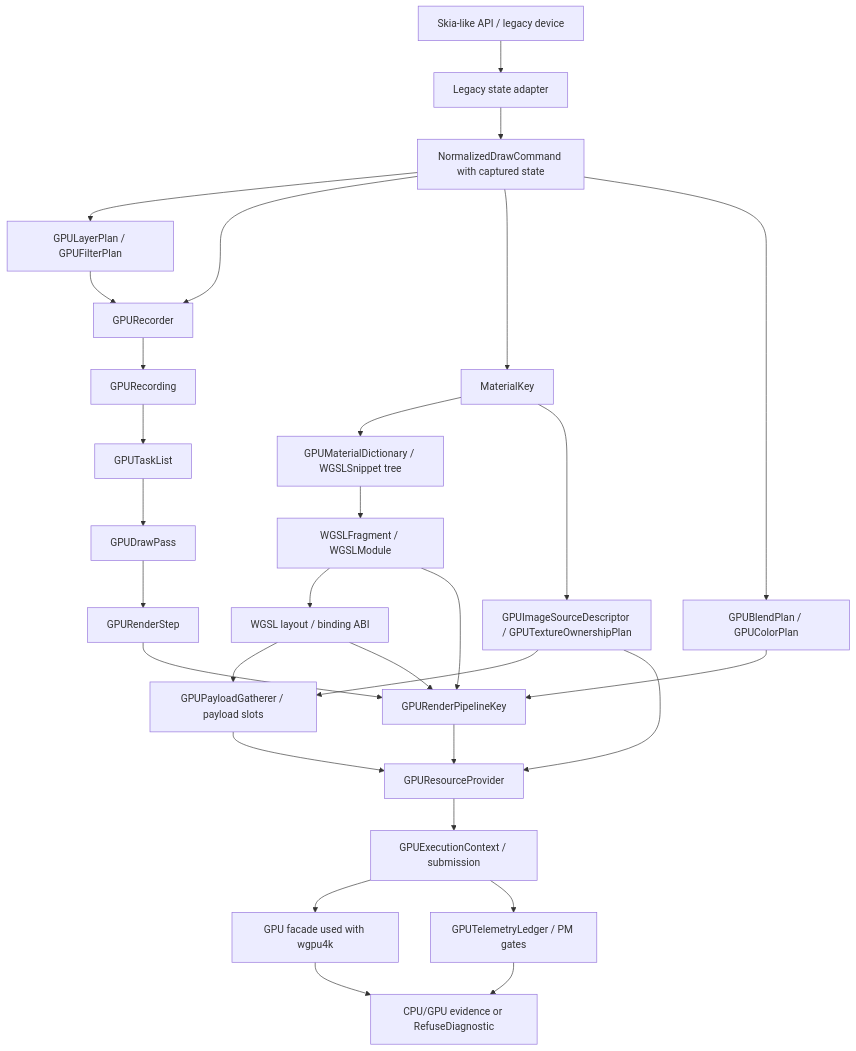
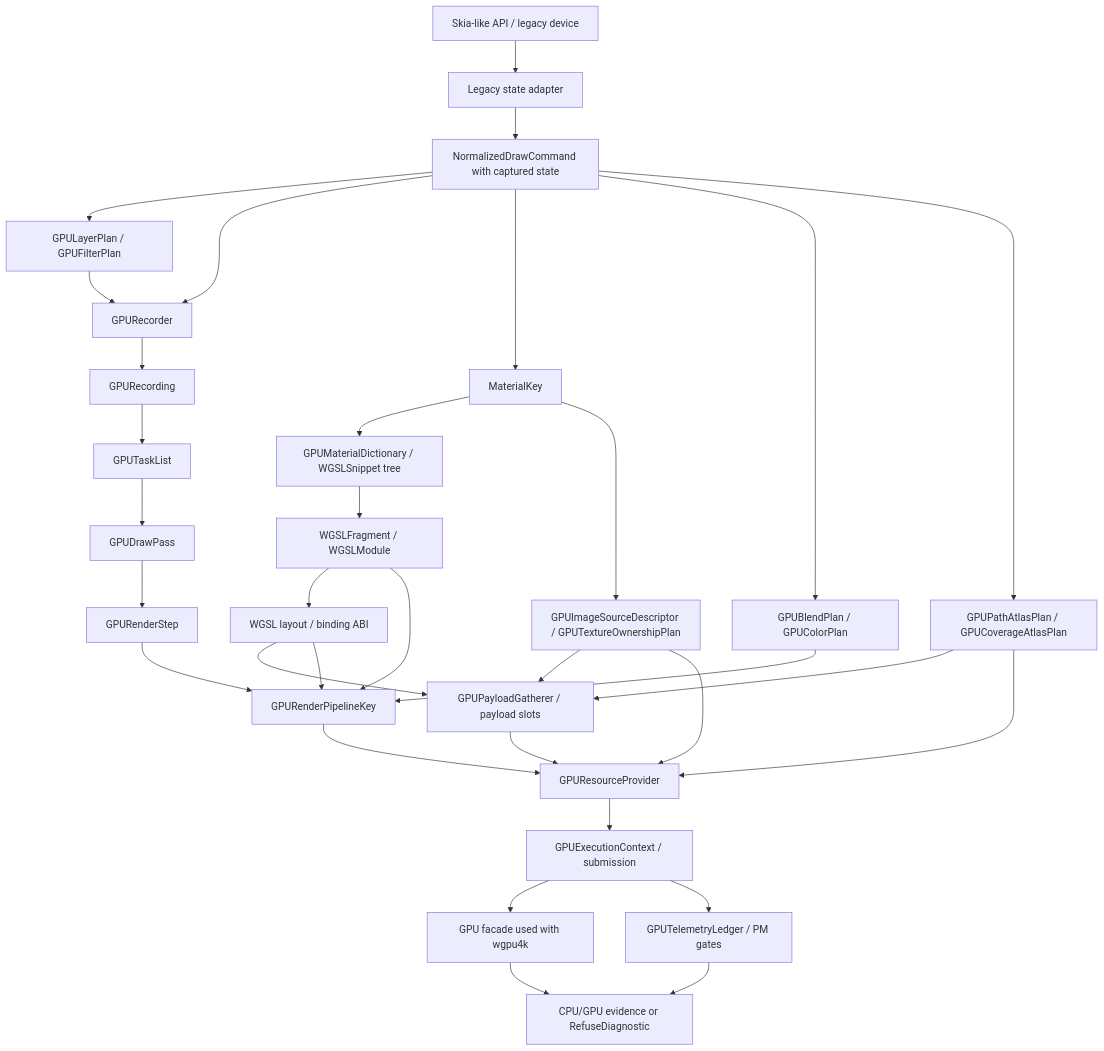
One commit to ygdrasil-io/kanvas changed the diagram in .upstream/specs/gpu-renderer/README.md. Above: the diagram before and after it, drawn with Mermaid. The commit also changed other lines of this file and 15 other files, not shown here.

````diff
--- a/.upstream/specs/gpu-renderer/README.md
+++ b/.upstream/specs/gpu-renderer/README.md
@@ -153,32 +161,35 @@
 ```mermaid
 flowchart TD
     legacy["Skia-like API / legacy device"] --> adapter["Legacy state adapter"]
     adapter --> command["NormalizedDrawCommand with captured state"]
     command --> layerplan["GPULayerPlan / GPUFilterPlan"]
     command --> recorder["GPURecorder"]
     layerplan --> recorder
     recorder --> recording["GPURecording"]
     recording --> tasks["GPUTaskList"]
     tasks --> drawpass["GPUDrawPass"]
     drawpass --> step["GPURenderStep"]
     command --> material["MaterialKey"]
     material --> dictionary["GPUMaterialDictionary / WGSLSnippet tree"]
     command --> blend["GPUBlendPlan / GPUColorPlan"]
     dictionary --> wgsl["WGSLFragment / WGSLModule"]
     material --> textureplan["GPUImageSourceDescriptor / GPUTextureOwnershipPlan"]
+    command --> atlas["GPUPathAtlasPlan / GPUCoverageAtlasPlan"]
     wgsl --> abi["WGSL layout / binding ABI"]
     abi --> payload["GPUPayloadGatherer / payload slots"]
     textureplan --> payload
+    atlas --> payload
     step --> pipeline["GPURenderPipelineKey"]
     blend --> pipeline
     abi --> pipeline
     wgsl --> pipeline
     payload --> resources
     textureplan --> resources
+    atlas --> resources
     pipeline --> resources["GPUResourceProvider"]
     resources --> execution["GPUExecutionContext / submission"]
     execution --> facade["GPU facade used with wgpu4k"]
     execution --> telemetry["GPUTelemetryLedger / PM gates"]
     facade --> evidence["CPU/GPU evidence or RefuseDiagnostic"]
     telemetry --> evidence
 ```
````
